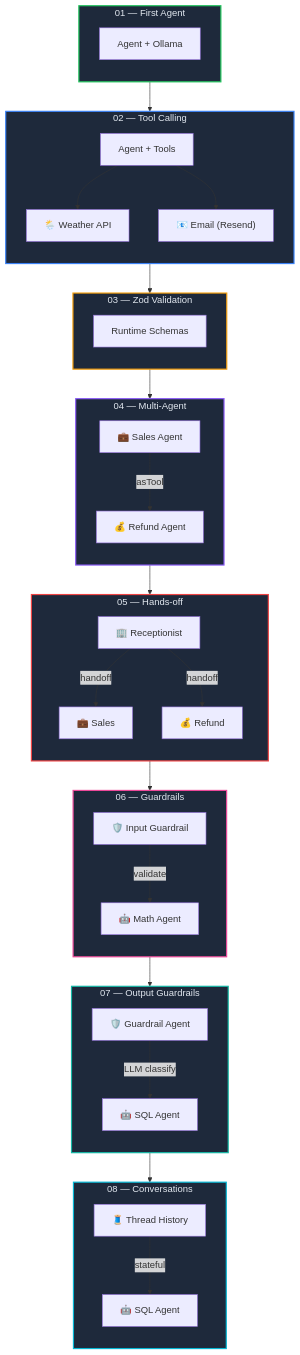
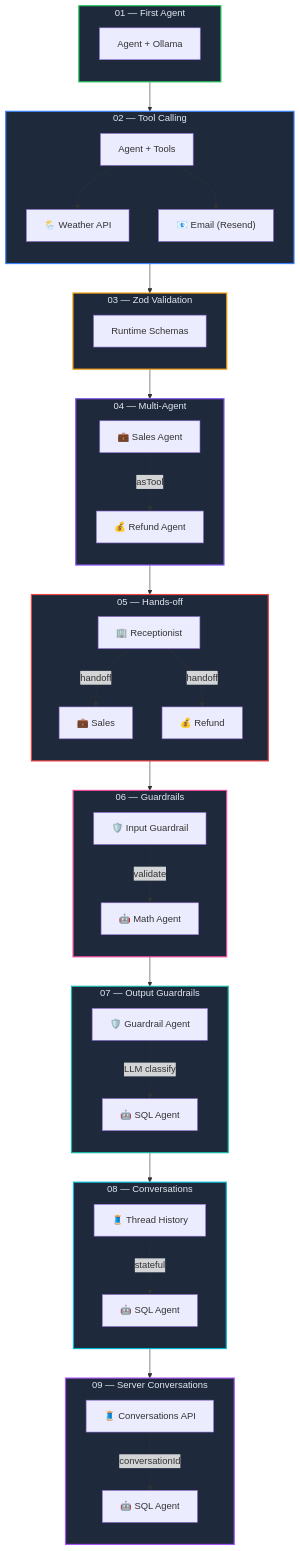
One commit to SanidhyaGupta-10/GenerativeAI-MasterClass-with-JS-TS changed the second of 2 diagrams in 2. Advance-GenAI/12. OpenAI-Agent-SDK-Series/README.md. Above: the diagram before and after it, drawn with Mermaid. The commit also changed other lines of this file, not shown here.

Commit message:
feat: add comprehensive README for the 9-part OpenAI Agent SDK learning series

````diff
--- a/2. Advance-GenAI/12. OpenAI-Agent-SDK-Series/README.md
+++ b/2. Advance-GenAI/12. OpenAI-Agent-SDK-Series/README.md
@@ -276,69 +308,77 @@
 ```mermaid
 flowchart TD
     subgraph CH01["01 — First Agent"]
         direction TB
         C1["Agent + Ollama"]
     end
 
     subgraph CH02["02 — Tool Calling"]
         direction TB
         C2["Agent + Tools"]
         C2T1["🌦️ Weather API"]
         C2T2["📧 Email (Resend)"]
         C2 --> C2T1
         C2 --> C2T2
     end
 
     subgraph CH03["03 — Zod Validation"]
         direction TB
         C3["Runtime Schemas"]
     end
 
     subgraph CH04["04 — Multi-Agent"]
         direction TB
         C4S["💼 Sales Agent"]
         C4R["💰 Refund Agent"]
         C4S -->|asTool| C4R
     end
 
     subgraph CH05["05 — Hands-off"]
         direction TB
         C5REC["🏢 Receptionist"]
         C5S["💼 Sales"]
         C5R["💰 Refund"]
         C5REC -->|handoff| C5S
         C5REC -->|handoff| C5R
     end
 
     subgraph CH06["06 — Guardrails"]
         direction TB
         C6G["🛡️ Input Guardrail"]
         C6A["🤖 Math Agent"]
         C6G -->|validate| C6A
     end
 
     subgraph CH07["07 — Output Guardrails"]
         direction TB
         C7G["🛡️ Guardrail Agent"]
         C7A["🤖 SQL Agent"]
         C7G -->|LLM classify| C7A
     end
 
     subgraph CH08["08 — Conversations"]
         direction TB
         C8T["🧵 Thread History"]
         C8A["🤖 SQL Agent"]
         C8T -->|stateful| C8A
     end
 
-    CH01 --> CH02 --> CH03 --> CH04 --> CH05 --> CH06 --> CH07 --> CH08
+    subgraph CH09["09 — Server Conversations"]
+        direction TB
+        C9C["🧵 Conversations API"]
+        C9A["🤖 SQL Agent"]
+        C9C -->|conversationId| C9A
+    end
+
+    CH01 --> CH02 --> CH03 --> CH04 --> CH05 --> CH06 --> CH07 --> CH08 --> CH09
 
     style CH01 fill:#1e293b,stroke:#22c55e,stroke-width:2px,color:#e2e8f0
     style CH02 fill:#1e293b,stroke:#3b82f6,stroke-width:2px,color:#e2e8f0
     style CH03 fill:#1e293b,stroke:#f59e0b,stroke-width:2px,color:#e2e8f0
     style CH04 fill:#1e293b,stroke:#8b5cf6,stroke-width:2px,color:#e2e8f0
     style CH05 fill:#1e293b,stroke:#ef4444,stroke-width:2px,color:#e2e8f0
     style CH06 fill:#1e293b,stroke:#ec4899,stroke-width:2px,color:#e2e8f0
     style CH07 fill:#1e293b,stroke:#14b8a6,stroke-width:2px,color:#e2e8f0
     style CH08 fill:#1e293b,stroke:#06b6d4,stroke-width:2px,color:#e2e8f0
+    style CH09 fill:#1e293b,stroke:#a855f7,stroke-width:2px,color:#e2e8f0
 ```
````
